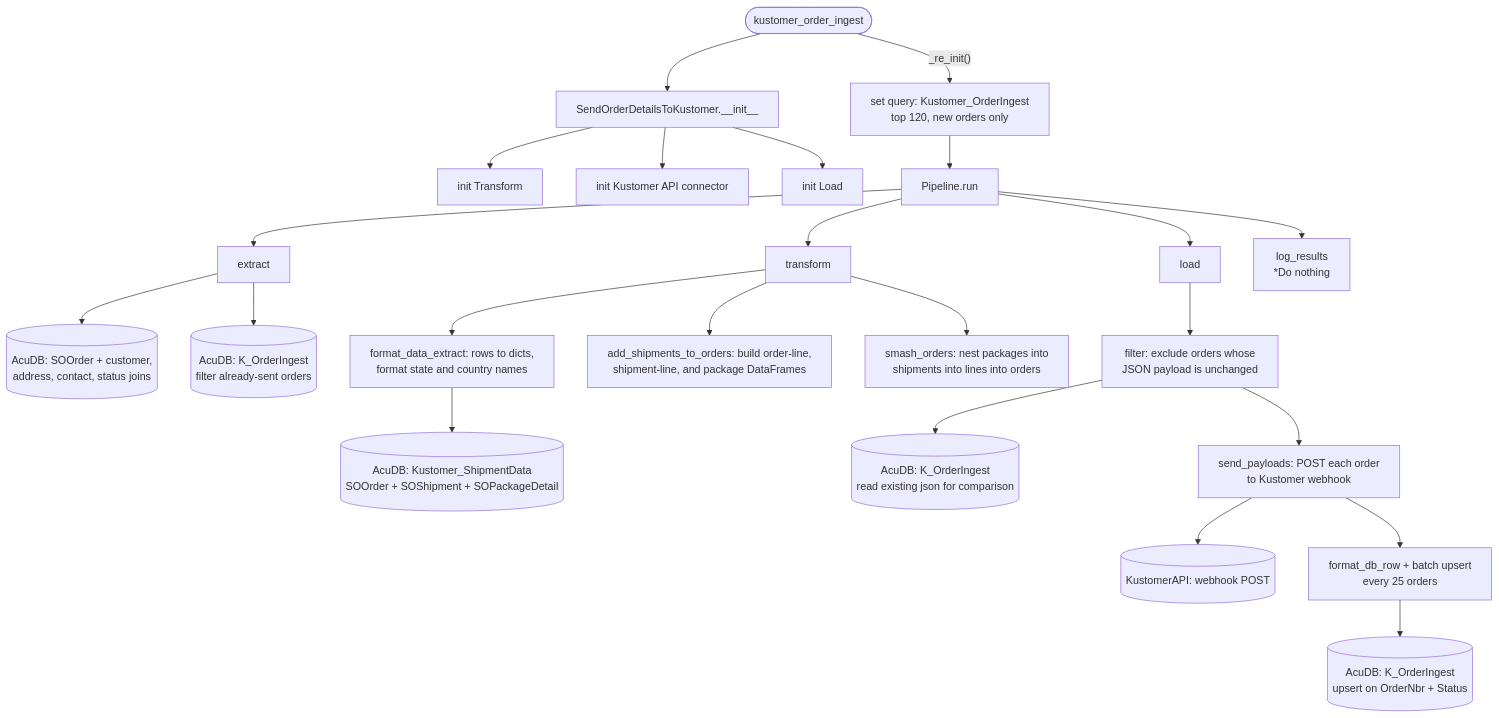
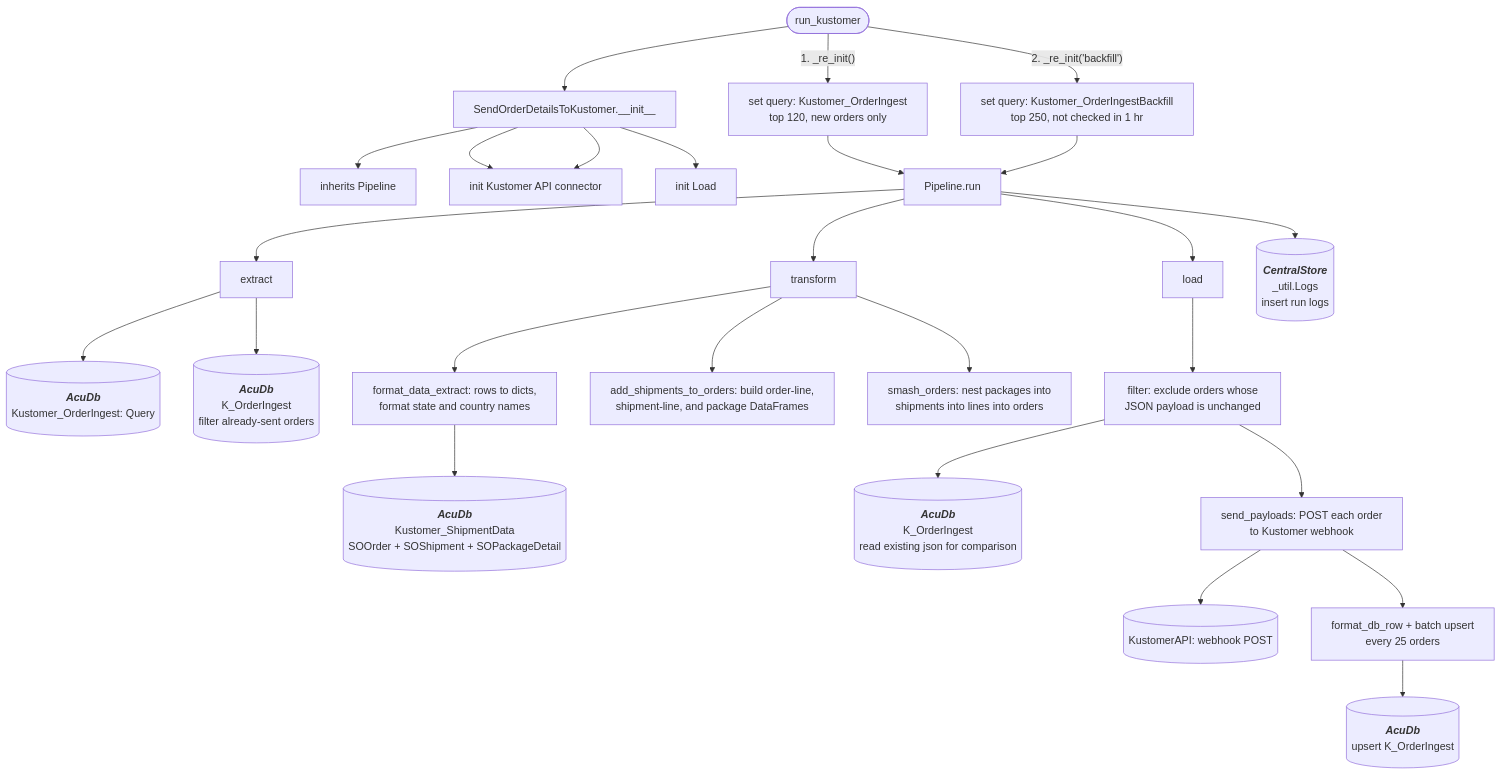
The diagram in docs/functions/kustomer_order_ingest.md (journeyhl/integration-platform), drawn with Mermaid before and after one commit. The commit also changed 42 other files, not shown here.

````diff
--- a/docs/functions/kustomer_order_ingest.md
+++ b/docs/functions/kustomer_order_ingest.md
@@ -18,30 +17,54 @@
 ```mermaid
 %%{init: {"flowchart": {"wrappingWidth": 400}}}%%
 flowchart TD
-    A([kustomer_order_ingest]) --> B[SendOrderDetailsToKustomer.__init__]
-    B --> B1[init Transform]
+    A([run_kustomer]) --> B[SendOrderDetailsToKustomer.__init__]
+    B --> B1[inherits Pipeline]
+    B --> B2[
+        self.transformer = Transform
+        self.api = Kustomer
+        self.loader = Load
+    ]
     B --> B2[init Kustomer API connector]
     B --> B3[init Load]
-    A -->|"_re_init()"| Q1[set query: Kustomer_OrderIngest<br/>top 120, new orders only]
+    A -->|"1. _re_init()"| Q1[set query: Kustomer_OrderIngest<br/>top 120, new orders only]
+    A -->|"2. _re_init('backfill')"| Q2[set query: Kustomer_OrderIngestBackfill<br/>top 250, not checked in 1 hr]
     Q1 --> RUN[Pipeline.run]
+    Q2 --> RUN
 
     RUN --> EX[extract]
-    EX --> D1[(AcuDB: SOOrder + customer,<br/>address, contact, status joins)]
-    EX --> D2[(AcuDB: K_OrderIngest<br/>filter already-sent orders)]
+    EX --> D1[(
+        <b><i>AcuDb</i></b>
+        Kustomer_OrderIngest: Query
+    )]
+    EX --> D2[(
+        <b><i>AcuDb</i></b>
+        K_OrderIngest<br/>filter already-sent orders
+    )]
 
     RUN --> TR[transform]
     TR --> T1[format_data_extract: rows to dicts,<br/>format state and country names]
-    T1 --> D3[(AcuDB: Kustomer_ShipmentData<br/>SOOrder + SOShipment + SOPackageDetail)]
+    T1 --> D3[(
+        <b><i>AcuDb</i></b>
+        Kustomer_ShipmentData<br/>SOOrder + SOShipment + SOPackageDetail)]
     TR --> T2[add_shipments_to_orders: build order-line,<br/>shipment-line, and package DataFrames]
     TR --> T3[smash_orders: nest packages into<br/>shipments into lines into orders]
 
     RUN --> LD[load]
     LD --> LS1[filter: exclude orders whose<br/>JSON payload is unchanged]
-    LS1 --> D4[(AcuDB: K_OrderIngest<br/>read existing json for comparison)]
+    LS1 --> D4[(
+        <b><i>AcuDb</i></b>
+        K_OrderIngest<br/>read existing json for comparison
+    )]
     LS1 --> LS2[send_payloads: POST each order<br/>to Kustomer webhook]
     LS2 --> D5[(KustomerAPI: webhook POST)]
     LS2 --> LS3[format_db_row + batch upsert<br/>every 25 orders]
-    LS3 --> D6[(AcuDB: K_OrderIngest<br/>upsert on OrderNbr + Status)]
+    LS3 --> D6[(
+        <b><i>AcuDb</i></b>
+        upsert K_OrderIngest
+    )]
 
-    RUN --> LR[log_results<br/>*Do nothing]
+    RUN --> LOGS[(
+        <b><i>CentralStore</i></b>
+        _util.Logs<br/>insert run logs
+    )]
 ```
````
